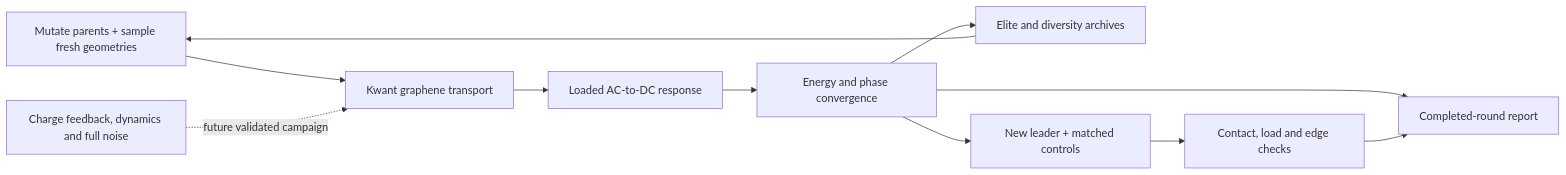
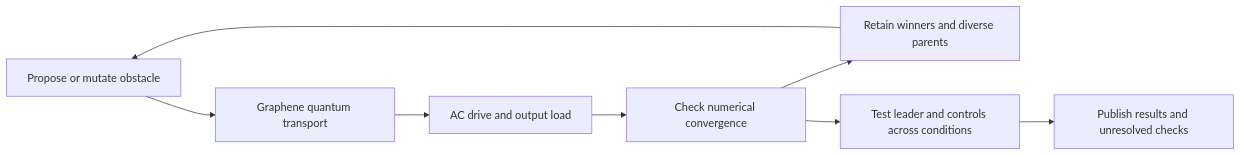
The diagram in README.md (CambrianTech/ballistic-device-lab), drawn with Mermaid before and after one commit. The commit also changed other lines of this file and 301 other files, not shown here.

````diff
--- a/README.md
+++ b/README.md
@@ -167,13 +180,10 @@
 ```mermaid
 flowchart LR
-    A[Mutate parents + sample fresh geometries] --> B[Kwant graphene transport]
-    B --> C[Loaded AC-to-DC response]
-    C --> D[Energy and phase convergence]
-    D --> E[Elite and diversity archives]
+    A[Propose or mutate obstacle] --> B[Graphene quantum transport]
+    B --> C[AC drive and output load]
+    C --> D[Check numerical convergence]
+    D --> E[Retain winners and diverse parents]
     E --> A
-    D --> F[New leader + matched controls]
-    F --> G[Contact, load and edge checks]
-    D --> H[Completed-round report]
-    G --> H
-    P[Charge feedback, dynamics and full noise] -. future validated campaign .-> B
+    D --> F[Test leader and controls across conditions]
+    F --> G[Publish results and unresolved checks]
 ```
````
